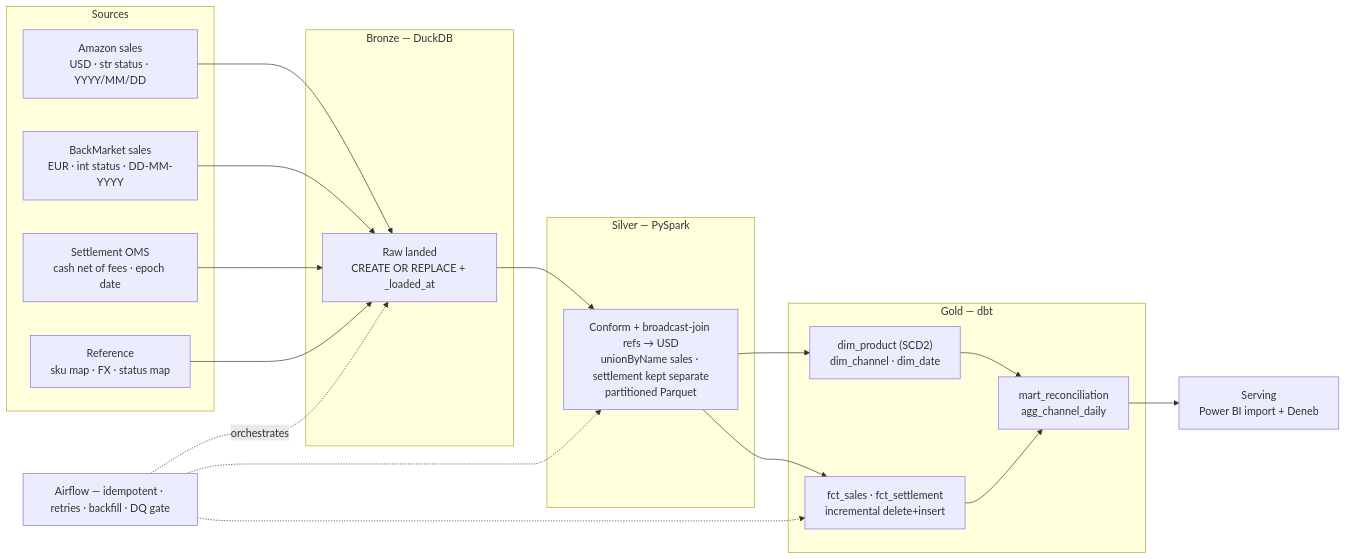
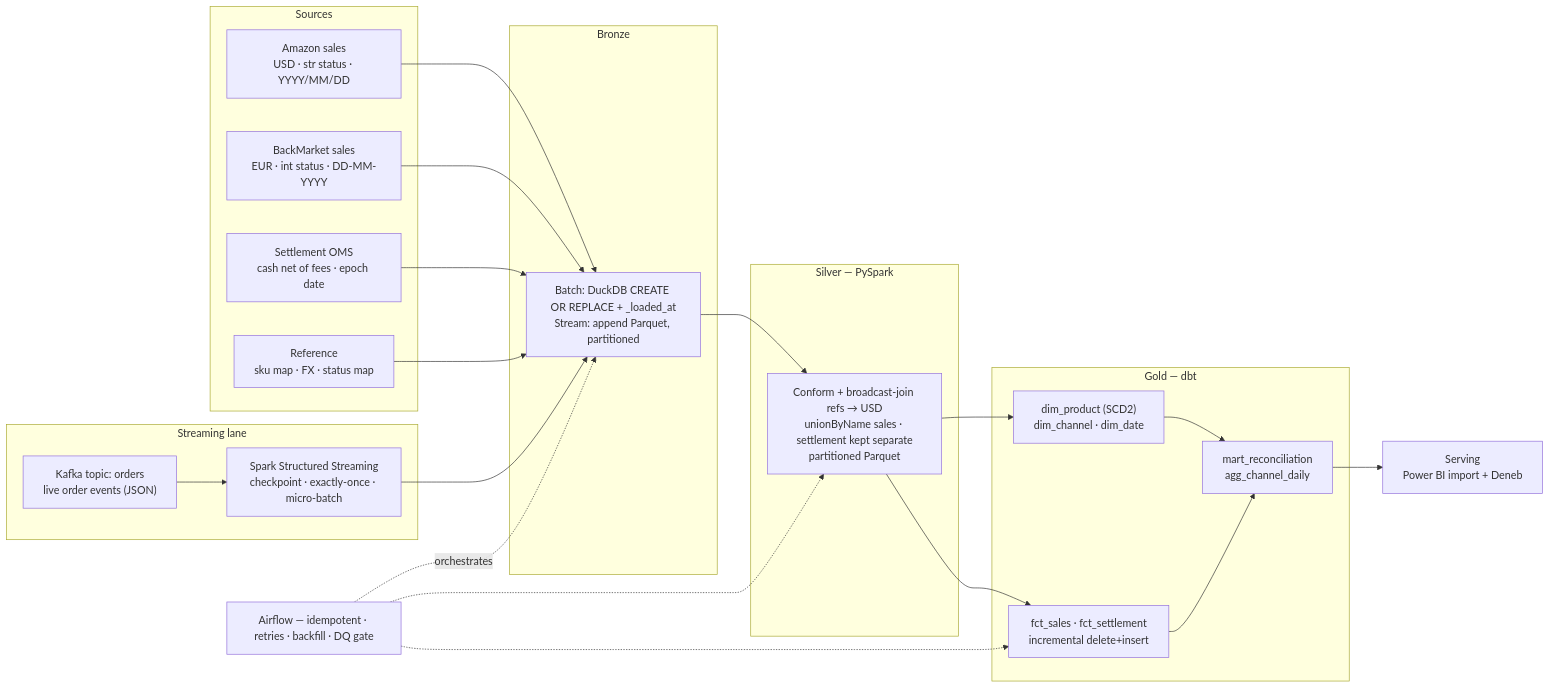
Before and after one commit to uyentrang27/commerce-lakehouse: the first of 2 diagrams in README.md, drawn with Mermaid. The commit also changed other lines of this file and 6 other files, not shown here.

First line of the commit message:
Add streaming lane: Kafka -> Spark Structured Streaming -> Bronze

````diff
--- a/README.md
+++ b/README.md
@@ -14,35 +16,41 @@
 ```mermaid
 flowchart LR
   subgraph SRC["Sources"]
     A["Amazon sales<br/>USD · str status · YYYY/MM/DD"]
     B["BackMarket sales<br/>EUR · int status · DD-MM-YYYY"]
     S["Settlement OMS<br/>cash net of fees · epoch date"]
     R["Reference<br/>sku map · FX · status map"]
   end
-  subgraph BR["Bronze — DuckDB"]
-    BRZ["Raw landed<br/>CREATE OR REPLACE + _loaded_at"]
+  subgraph STRM["Streaming lane"]
+    KFK["Kafka topic: orders<br/>live order events (JSON)"]
+    SSS["Spark Structured Streaming<br/>checkpoint · exactly-once · micro-batch"]
+  end
+  subgraph BR["Bronze"]
+    BRZ["Batch: DuckDB CREATE OR REPLACE + _loaded_at<br/>Stream: append Parquet, partitioned"]
   end
   subgraph SV["Silver — PySpark"]
     SIL["Conform + broadcast-join refs → USD<br/>unionByName sales · settlement kept separate<br/>partitioned Parquet"]
   end
   subgraph GD["Gold — dbt"]
     DIM["dim_product (SCD2)<br/>dim_channel · dim_date"]
     FCT["fct_sales · fct_settlement<br/>incremental delete+insert"]
     MRT["mart_reconciliation<br/>agg_channel_daily"]
   end
   PBI["Serving<br/>Power BI import + Deneb"]
 
   A --> BRZ
   B --> BRZ
   S --> BRZ
   R --> BRZ
+  KFK --> SSS
+  SSS --> BRZ
   BRZ --> SIL
   SIL --> DIM
   SIL --> FCT
   DIM --> MRT
   FCT --> MRT
   MRT --> PBI
   AF["Airflow — idempotent · retries · backfill · DQ gate"] -.orchestrates.-> BRZ
   AF -.-> SIL
   AF -.-> FCT
 ```
````
